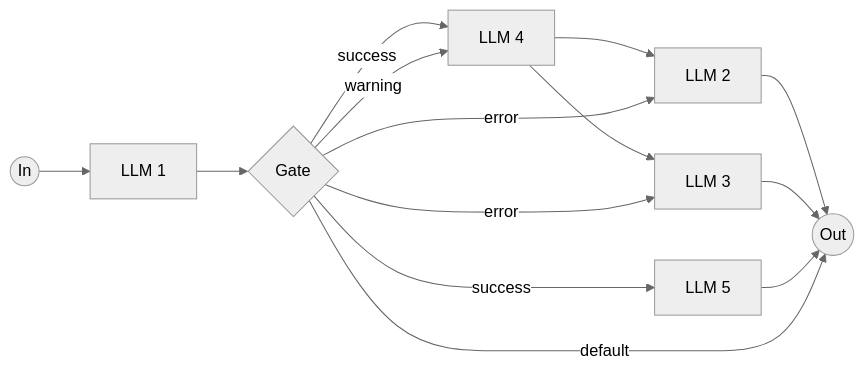
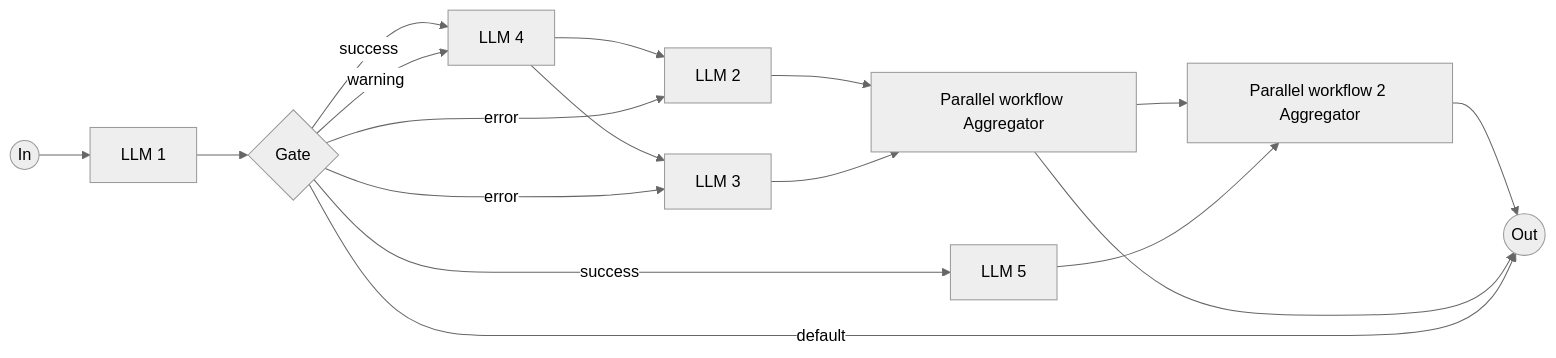
Before and after one commit to rootstrap/mars: the diagram in examples/complex_workflow/diagram.md, drawn with Mermaid (neutral theme). The commit also changed 4 other files, not shown here.

````diff
--- a/examples/complex_workflow/diagram.md
+++ b/examples/complex_workflow/diagram.md
@@ -1,22 +1,27 @@
 ```mermaid
 flowchart LR
 In(("In")) -->
 LLM_1["LLM 1"]
 LLM_1 --> Gate
 Gate{"Gate"}
 LLM_4["LLM 4"]
 LLM_4 --> LLM_2
 LLM_4 --> LLM_3
 LLM_2["LLM 2"]
 LLM_3["LLM 3"]
+Parallel_workflow_Parallel_workflow_Aggregator_32["Parallel workflow Aggregator"]
+LLM_2 --> Parallel_workflow_Parallel_workflow_Aggregator_32
+LLM_3 --> Parallel_workflow_Parallel_workflow_Aggregator_32
 LLM_5["LLM 5"]
-LLM_2 --> Out(("Out"))
-LLM_3 --> Out(("Out"))
-LLM_5 --> Out(("Out"))
+Parallel_workflow_2_Parallel_workflow_2_Aggregator_16["Parallel workflow 2 Aggregator"]
+Parallel_workflow_Parallel_workflow_Aggregator_32 --> Parallel_workflow_2_Parallel_workflow_2_Aggregator_16
+LLM_5 --> Parallel_workflow_2_Parallel_workflow_2_Aggregator_16
+Parallel_workflow_2_Parallel_workflow_2_Aggregator_16 --> Out(("Out"))
+Parallel_workflow_Parallel_workflow_Aggregator_32 --> Out(("Out"))
 Gate -->|success| LLM_4
 Gate -->|success| LLM_5
 Gate -->|warning| LLM_4
 Gate -->|error| LLM_2
 Gate -->|error| LLM_3
 Gate -->|default| Out(("Out"))
 ```
````
